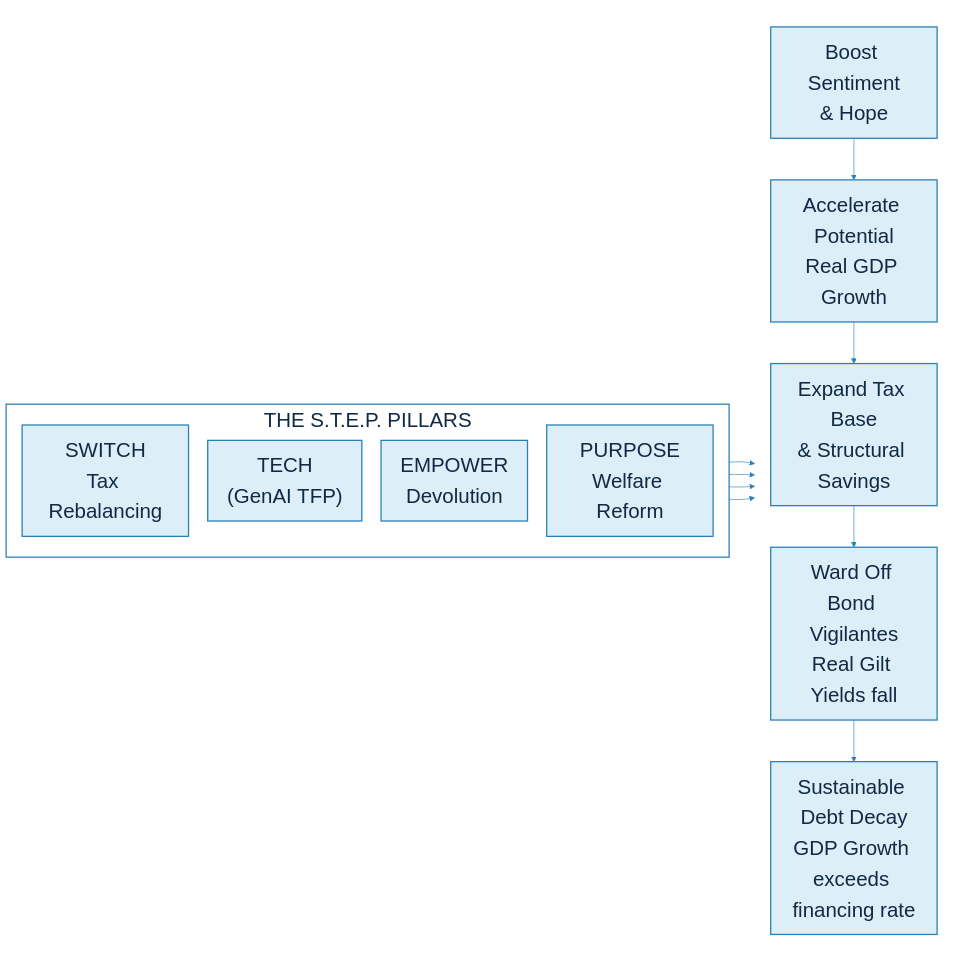
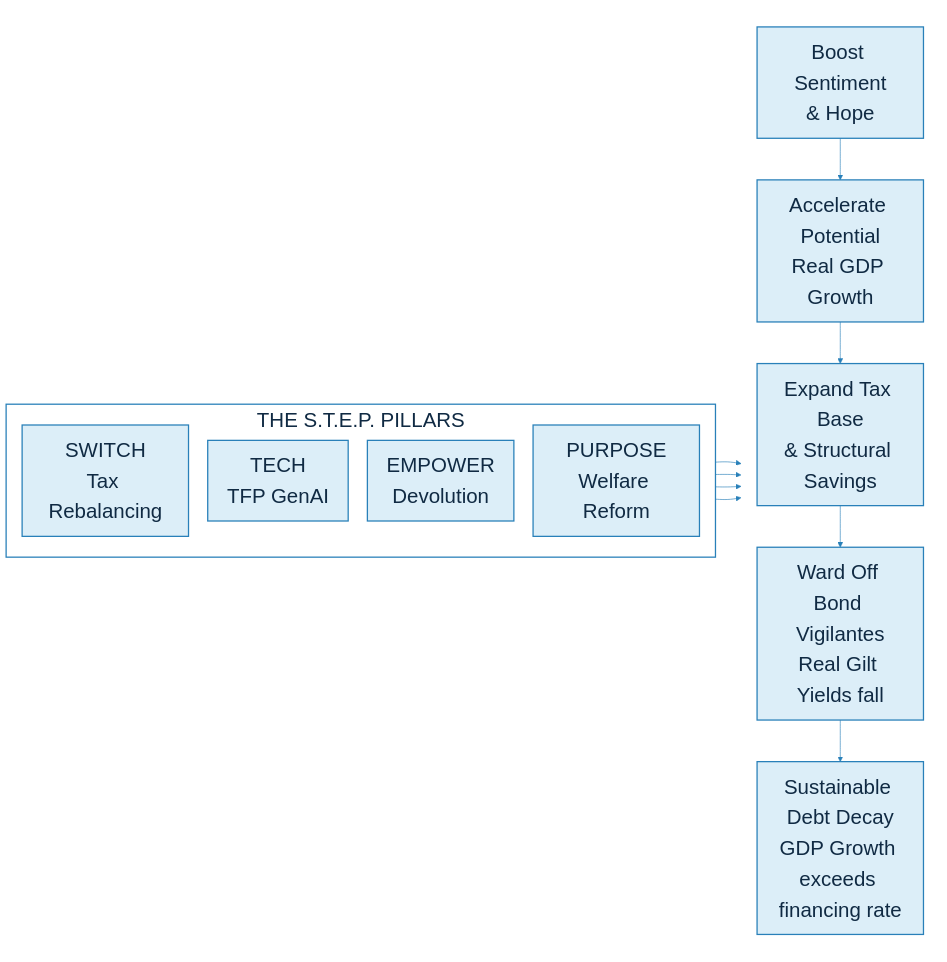
The diagram in macro/stepforward.qmd (sphannah/sphannah.github.io), drawn with Mermaid before and after one commit. The commit also changed other lines of this file and 1 other file, not shown here.

````diff
--- a/macro/stepforward.qmd
+++ b/macro/stepforward.qmd
@@ -54,55 +49,55 @@
 ```{mermaid}
 %%{init: {
   'theme': 'base',
   'themeVariables': {
     'fontSize': '32px',
     'fontFamily': 'Arial, sans-serif',
     'primaryColor': '#dceef8',
     'primaryTextColor': '#102a43',
     'primaryBorderColor': '#2980b9',
     'lineColor': '#2980b9',
     'edgeLabelBackground': '#ffffff',
     'clusterBkg': 'transparent',
     'clusterBorder': '#2980b9'
   },
   'flowchart': {
     'htmlLabels': true,
     'nodeSpacing': 30,
     'rankSpacing': 40
   }
 }}%%
 
 flowchart LR
     subgraph STEP["THE S.T.E.P. PILLARS"]
         direction TB
         S["SWITCH<br/>Tax Rebalancing"]
-        T["TECH<br/>(GenAI TFP)"]
+        T["TECH<br/>TFP GenAI"]
         E["EMPOWER<br/>Devolution"]
         P["PURPOSE<br/>Welfare Reform"]
     end
 
     S --> Hope
     T --> Hope
     E --> Hope
     P --> Hope
 
     subgraph CYCLE[" "]
         direction TB
         Hope["Boost Sentiment<br/>& Hope"]
         Growth["Accelerate Potential<br/>Real GDP Growth"]
         TaxBase["Expand Tax Base<br/>& Structural Savings"]
         Vigilantes["Ward Off Bond Vigilantes<br/>Real Gilt Yields fall"]
         Decay["Sustainable Debt Decay<br/>GDP Growth exceeds financing rate"]
 
         Hope --> Growth
         Growth --> TaxBase
         TaxBase --> Vigilantes
         Vigilantes --> Decay
     end
 
     classDef processBox fill:#dceef8,stroke:#2980b9,stroke-width:2px,color:#102a43;
     class S,T,E,P,Hope,Growth,TaxBase,Vigilantes,Decay processBox;
 
     style STEP fill:transparent,stroke:#2980b9,stroke-width:2px,color:#102a43
     style CYCLE fill:transparent,stroke:none
 ```
````
